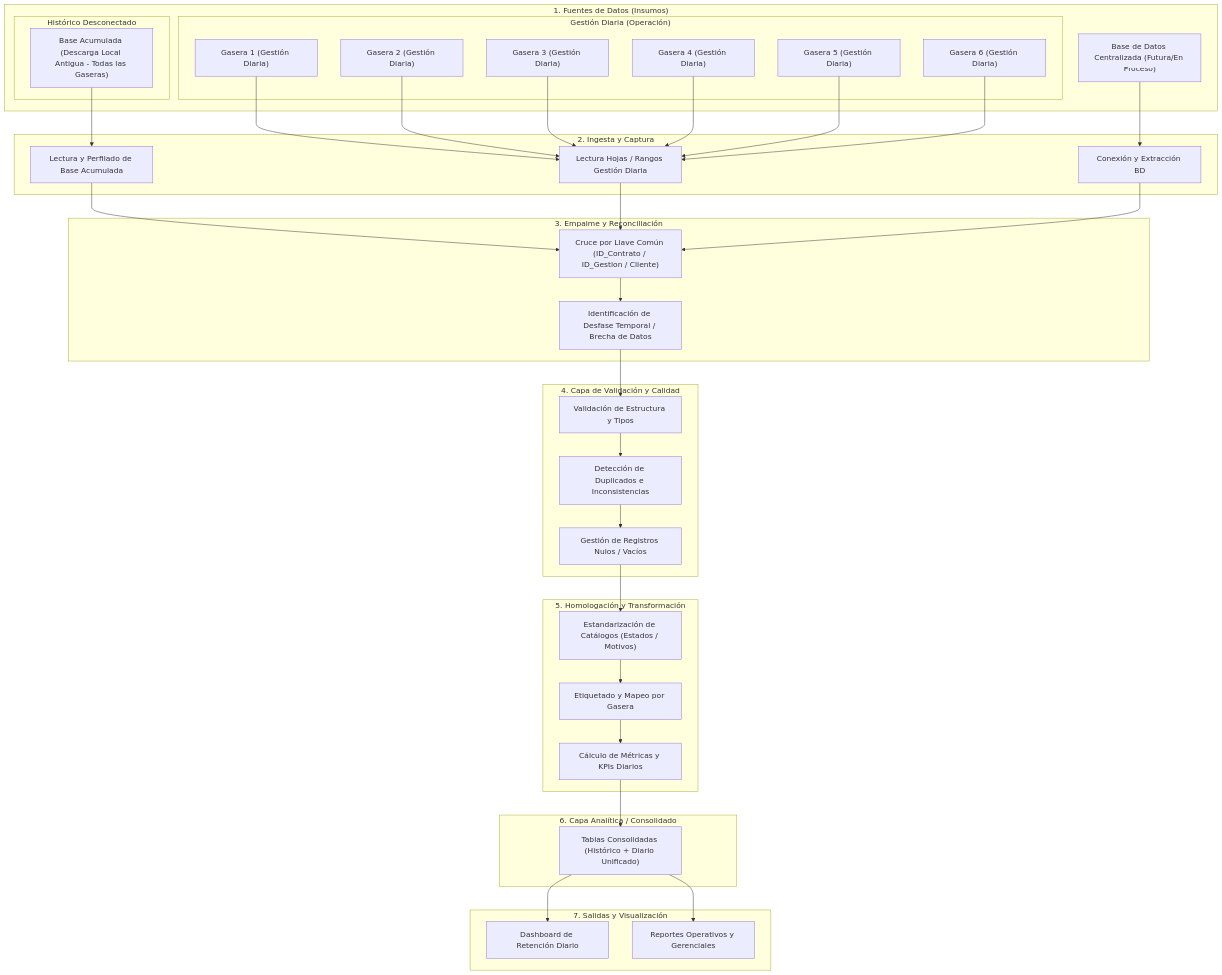
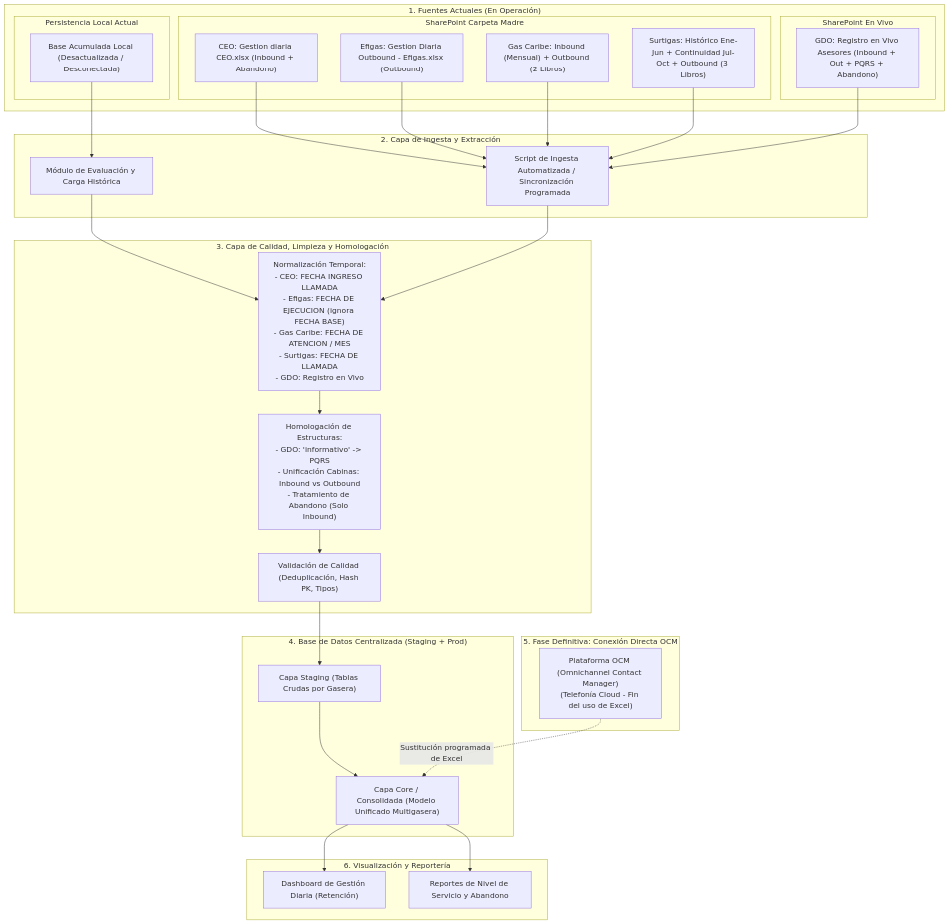
The diagram in context/Analisis/flujo_de_datos.md (SamuelM06/Reporte_Gestion_Diaria_Promigas), drawn with Mermaid before and after one commit. The commit also changed other lines of this file and 3 other files, not shown here.

Commit message:
feat: estructura de datos oficial, flujo corregido y plan 02 de migracion a DB y OCM

````diff
--- a/context/Analisis/flujo_de_datos.md
+++ b/context/Analisis/flujo_de_datos.md
@@ -9,68 +10,60 @@
 ```mermaid
 flowchart TD
-    subgraph Orígenes ["1. Fuentes de Datos (Insumos)"]
-        subgraph Historico ["Histórico Desconectado"]
-            BA["Base Acumulada (Descarga Local Antigua - Todas las Gaseras)"]
+    subgraph FuentesActuales ["1. Fuentes Actuales (En Operación)"]
+        subgraph SP_Madre ["SharePoint Carpeta Madre"]
+            CEO_F["CEO: Gestion diaria CEO.xlsx (Inbound + Abandono)"]
+            EFI_F["Efigas: Gestion Diaria Outbound - Efigas.xlsx (Outbound)"]
+            GC_F["Gas Caribe: Inbound (Mensual) + Outbound (2 Libros)"]
+            SUR_F["Surtigas: Histórico Ene-Jun + Continuidad Jul-Oct + Outbound (3 Libros)"]
         end
-        subgraph Diario ["Gestión Diaria (Operación)"]
-            G1["Gasera 1 (Gestión Diaria)"]
-            G2["Gasera 2 (Gestión Diaria)"]
-            G3["Gasera 3 (Gestión Diaria)"]
-            G4["Gasera 4 (Gestión Diaria)"]
-            G5["Gasera 5 (Gestión Diaria)"]
-            G6["Gasera 6 (Gestión Diaria)"]
+        subgraph SP_Live ["SharePoint En Vivo"]
+            GDO_F["GDO: Registro en Vivo Asesores (Inbound + Out + PQRS + Abandono)"]
         end
-        BD["Base de Datos Centralizada (Futura/En Proceso)"]
+        subgraph DB_Local ["Persistencia Local Actual"]
+            BD_Old["Base Acumulada Local (Desactualizada / Desconectada)"]
+        end
     end
 
-    subgraph Ingestion ["2. Ingesta y Captura"]
-        LoadBA["Lectura y Perfilado de Base Acumulada"]
-        RawExcel["Lectura Hojas / Rangos Gestión Diaria"]
-        DBSync["Conexión y Extracción BD"]
+    subgraph CapaIngesta ["2. Capa de Ingesta y Extracción"]
+        SyncScript["Script de Ingesta Automatizada / Sincronización Programada"]
+        HistLoader["Módulo de Evaluación y Carga Histórica"]
     end
 
-    subgraph Conciliacion ["3. Empalme y Reconciliación"]
-        MergeKey["Cruce por Llave Común (ID_Contrato / ID_Gestion / Cliente)"]
-        CheckGap["Identificación de Desfase Temporal / Brecha de Datos"]
+    subgraph CapaHomologacion ["3. Capa de Calidad, Limpieza y Homologación"]
+        ValFechas["Normalización Temporal:\n- CEO: FECHA INGRESO LLAMADA\n- Efigas: FECHA DE EJECUCION (ignora FECHA BASE)\n- Gas Caribe: FECHA DE ATENCION / MES\n- Surtigas: FECHA DE LLAMADA\n- GDO: Registro en Vivo"]
+        HomologCat["Homologación de Estructuras:\n- GDO: 'informativo' -> PQRS\n- Unificación Cabinas: Inbound vs Outbound\n- Tratamiento de Abandono (Solo Inbound)"]
+        DataQuality["Validación de Calidad (Deduplicación, Hash PK, Tipos)"]
     end
 
-    subgraph Auditoria ["4. Capa de Validación y Calidad"]
-        ValFormat["Validación de Estructura y Tipos"]
-        CheckDups["Detección de Duplicados e Inconsistencias"]
-        CheckNulls["Gestión de Registros Nulos / Vacíos"]
+    subgraph CapaCentral ["4. Base de Datos Centralizada (Staging + Prod)"]
+        DB_Staging["Capa Staging (Tablas Crudas por Gasera)"]
+        DB_Core["Capa Core / Consolidada (Modelo Unificado Multigasera)"]
     end
 
-    subgraph Transformacion ["5. Homologación y Transformación"]
-        StdCat["Estandarización de Catálogos (Estados / Motivos)"]
-        MapGaseras["Etiquetado y Mapeo por Gasera"]
-        CalcMetrics["Cálculo de Métricas y KPIs Diarios"]
+    subgraph FuturoOCM ["5. Fase Definitiva: Conexión Directa OCM"]
+        OCM_API["Plataforma OCM (Omnichannel Contact Manager)\n(Telefonía Cloud - Fin del uso de Excel)"]
     end
 
-    subgraph Storage ["6. Capa Analítica / Consolidado"]
-        Staging["Tablas Consolidadas (Histórico + Diario Unificado)"]
+    subgraph Consumo ["6. Visualización y Reportería"]
+        DashDaily["Dashboard de Gestión Diaria (Retención)"]
+        AlertsRep["Reportes de Nivel de Servicio y Abandono"]
     end
 
-    subgraph Consumo ["7. Salidas y Visualización"]
-        DashDaily["Dashboard de Retención Diario"]
-        RepMgmt["Reportes Operativos y Gerenciales"]
-    end
+    CEO_F --> SyncScript
+    EFI_F --> SyncScript
+    GC_F --> SyncScript
+    SUR_F --> SyncScript
+    GDO_F --> SyncScript
+    BD_Old --> HistLoader
 
-    BA --> LoadBA
-    G1 --> RawExcel
-    G2 --> RawExcel
-    G3 --> RawExcel
-    G4 --> RawExcel
-    G5 --> RawExcel
-    G6 --> RawExcel
-    BD --> DBSync
+    HistLoader --> ValFechas
+    SyncScript --> ValFechas
+    ValFechas --> HomologCat --> DataQuality
+    DataQuality --> DB_Staging --> DB_Core
 
-    LoadBA --> MergeKey
-    RawExcel --> MergeKey
-    DBSync --> MergeKey
-    MergeKey --> CheckGap --> ValFormat
-    ValFormat --> CheckDups --> CheckNulls
-    CheckNulls --> StdCat --> MapGaseras --> CalcMetrics
-    CalcMetrics --> Staging
-    Staging --> DashDaily
-    Staging --> RepMgmt
+    %% Conexión Definitiva OCM
+    OCM_API -.->|Sustitución programada de Excel| DB_Core
+
+    DB_Core --> DashDaily
+    DB_Core --> AlertsRep
 ```
````
